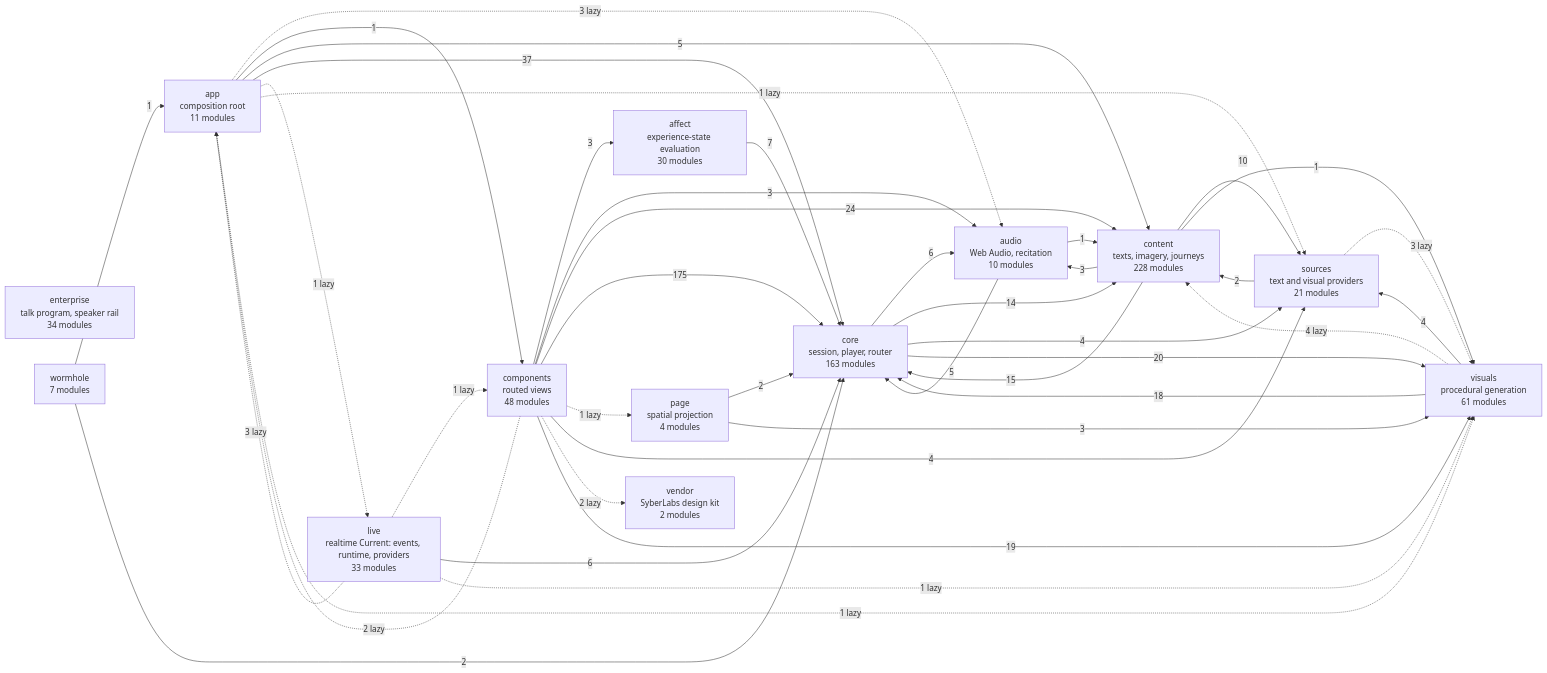
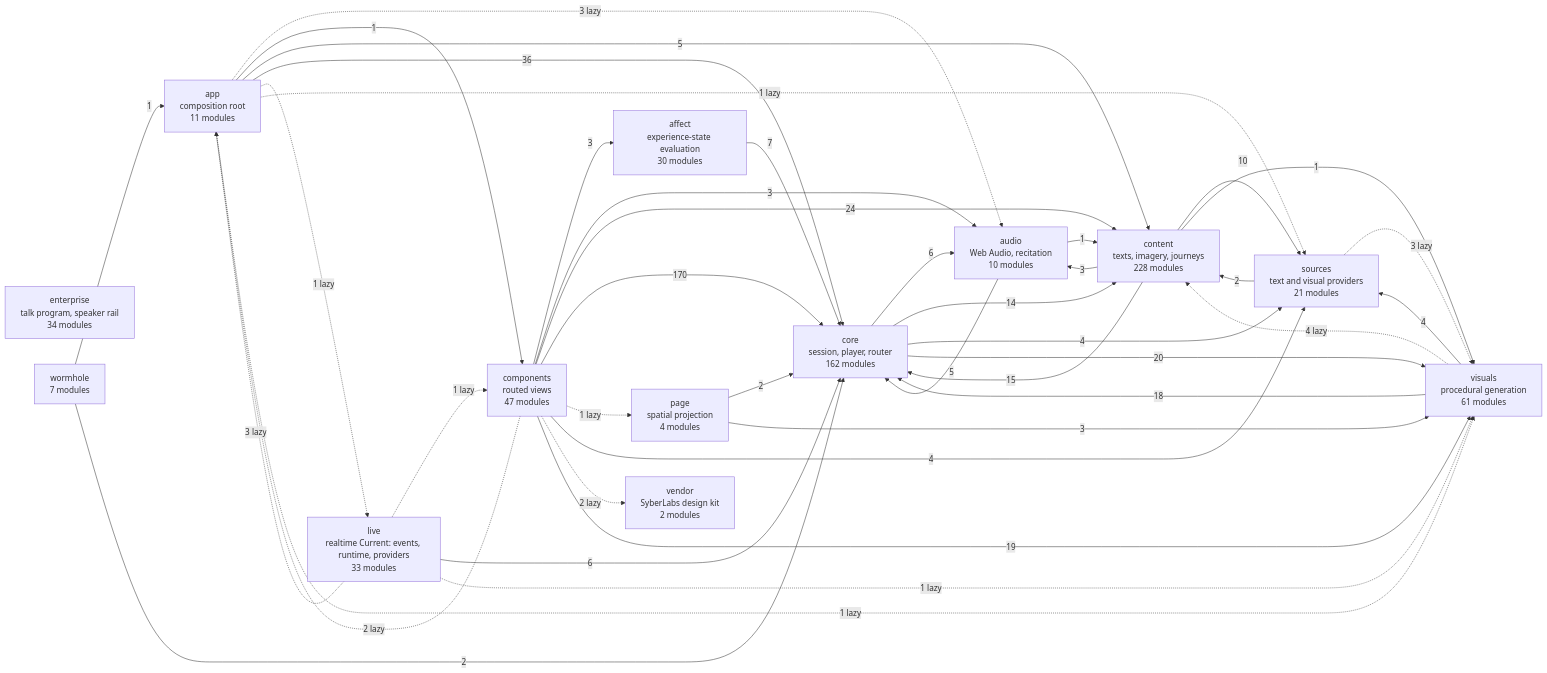
Before and after one commit to SyberLabs/RISE: the diagram in docs/specs/ARCHITECTURE.md, drawn with Mermaid. The commit also changed other lines of this file and 22 other files, not shown here.

````diff
--- a/docs/specs/ARCHITECTURE.md
+++ b/docs/specs/ARCHITECTURE.md
@@ -160,57 +160,57 @@
 ```mermaid
 flowchart LR
     affect["affect<br/>experience-state evaluation<br/>30 modules"]
     app["app<br/>composition root<br/>11 modules"]
     audio["audio<br/>Web Audio, recitation<br/>10 modules"]
-    components["components<br/>routed views<br/>48 modules"]
+    components["components<br/>routed views<br/>47 modules"]
     content["content<br/>texts, imagery, journeys<br/>228 modules"]
-    core["core<br/>session, player, router<br/>163 modules"]
+    core["core<br/>session, player, router<br/>162 modules"]
     enterprise["enterprise<br/>talk program, speaker rail<br/>34 modules"]
     live["live<br/>realtime Current: events, runtime, providers<br/>33 modules"]
     page["page<br/>spatial projection<br/>4 modules"]
     sources["sources<br/>text and visual providers<br/>21 modules"]
     vendor["vendor<br/>SyberLabs design kit<br/>2 modules"]
     visuals["visuals<br/>procedural generation<br/>61 modules"]
     wormhole["wormhole<br/>7 modules"]
 
     affect --> |7| core
     app -.-> |3 lazy| audio
     app --> |1| components
     app --> |5| content
-    app --> |37| core
+    app --> |36| core
     app -.-> |1 lazy| live
     app -.-> |1 lazy| sources
     app -.-> |1 lazy| visuals
     audio --> |1| content
     audio --> |5| core
     components --> |3| affect
     components -.-> |2 lazy| app
     components --> |3| audio
     components --> |24| content
-    components --> |175| core
+    components --> |170| core
     components -.-> |1 lazy| page
     components --> |4| sources
     components -.-> |2 lazy| vendor
     components --> |19| visuals
     content --> |3| audio
     content --> |15| core
     content --> |10| sources
     content --> |1| visuals
     core --> |6| audio
     core --> |14| content
     core --> |4| sources
     core --> |20| visuals
     live -.-> |3 lazy| app
     live -.-> |1 lazy| components
     live --> |6| core
     live -.-> |1 lazy| visuals
     page --> |2| core
     page --> |3| visuals
     sources --> |2| content
     sources -.-> |3 lazy| visuals
     visuals -.-> |4 lazy| content
     visuals --> |18| core
     visuals --> |4| sources
     wormhole --> |1| app
     wormhole --> |2| core
 ```
````
